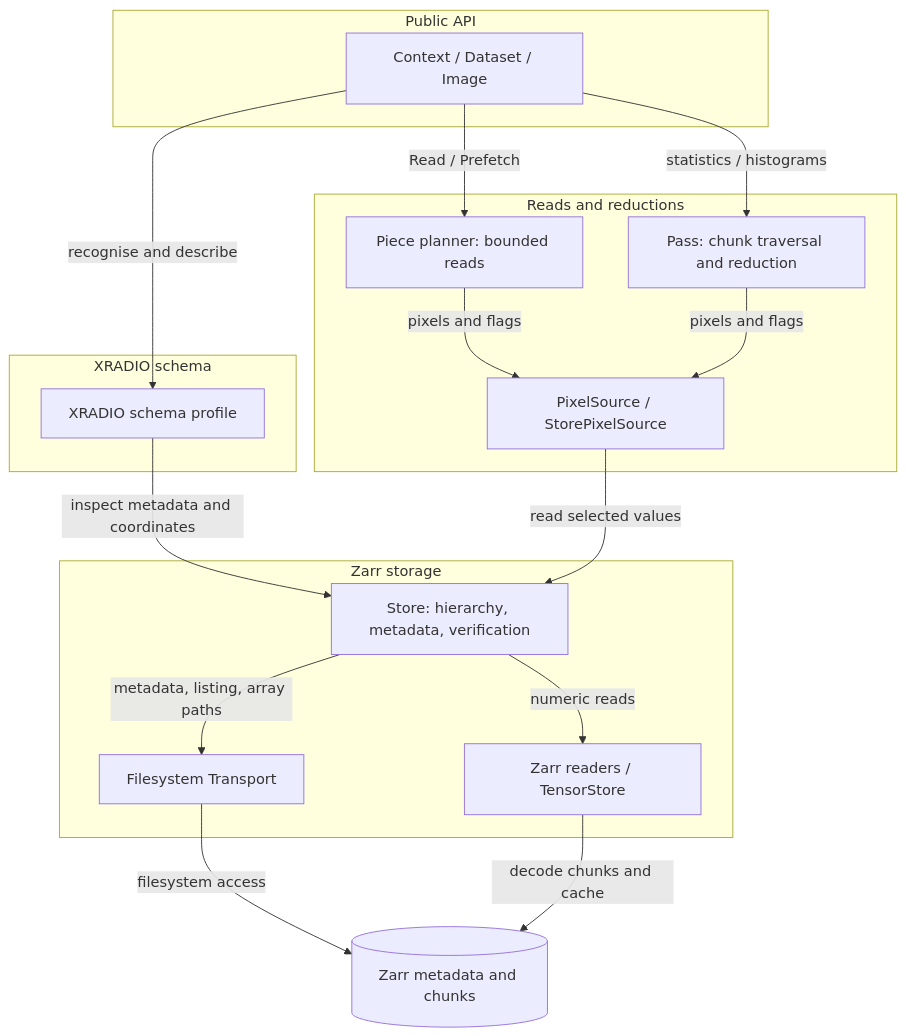
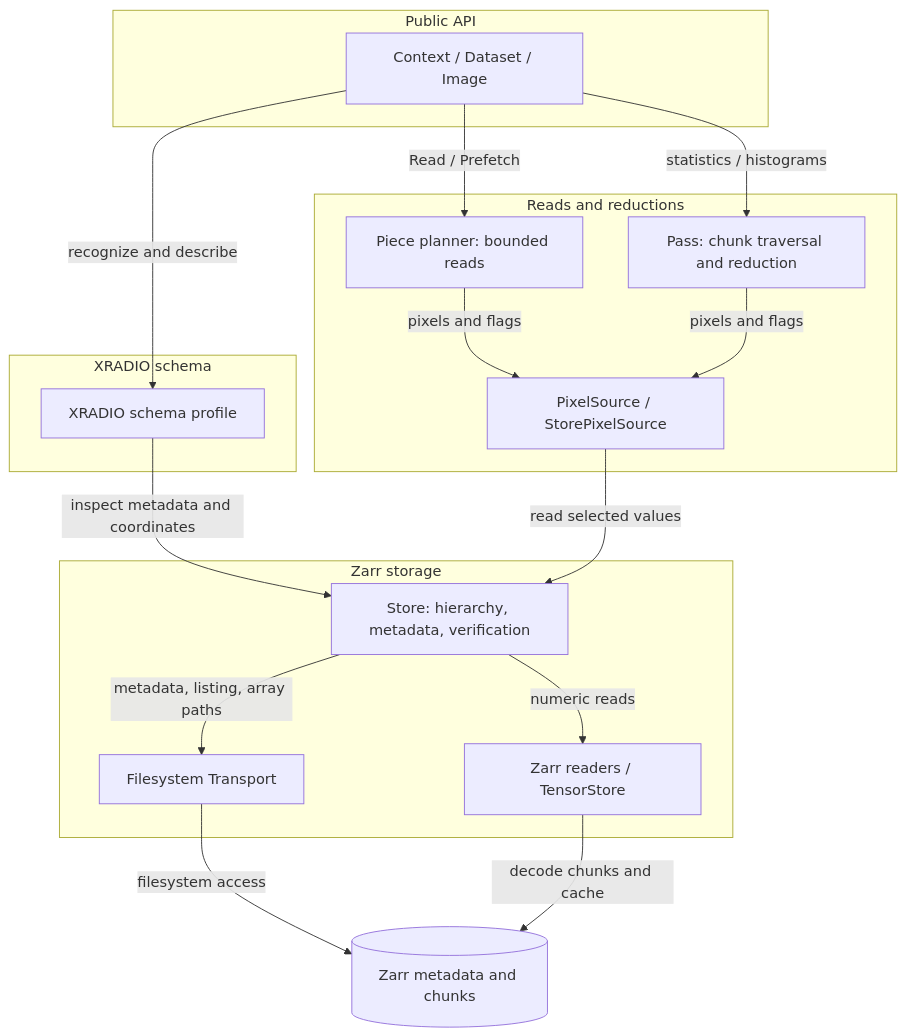
One commit to CARTAvis/carta-zarr changed the second of 2 diagrams in docs/architecture.md. Above: the diagram before and after it, drawn with Mermaid. The commit also changed 71 other files, not shown here.

````diff
--- a/docs/architecture.md
+++ b/docs/architecture.md
@@ -39,30 +39,30 @@
 ```{mermaid}
 flowchart TB
     subgraph G_api["Public API"]
         API["Context / Dataset / Image"]
     end
     subgraph G_schema["XRADIO schema"]
         Profile["XRADIO schema profile"]
     end
     subgraph G_compute["Reads and reductions"]
         Pieces["Piece planner: bounded reads"]
         Pass["Pass: chunk traversal and reduction"]
         Source["PixelSource / StorePixelSource"]
     end
     subgraph G_storage["Zarr storage"]
         Store["Store: hierarchy, metadata, verification"]
         Transport["Filesystem Transport"]
         Reader["Zarr readers / TensorStore"]
     end
-    API -->|"recognise and describe"| Profile
+    API -->|"recognize and describe"| Profile
     Profile -->|"inspect metadata and coordinates"| Store
     API -->|"Read / Prefetch"| Pieces
     API -->|"statistics / histograms"| Pass
     Pieces -->|"pixels and flags"| Source
     Pass -->|"pixels and flags"| Source
     Source -->|"read selected values"| Store
     Store -->|"metadata, listing, array paths"| Transport
     Store -->|"numeric reads"| Reader
     Transport -->|"filesystem access"| Disk[("Zarr metadata and chunks")]
     Reader -->|"decode chunks and cache"| Disk
 ```
````
